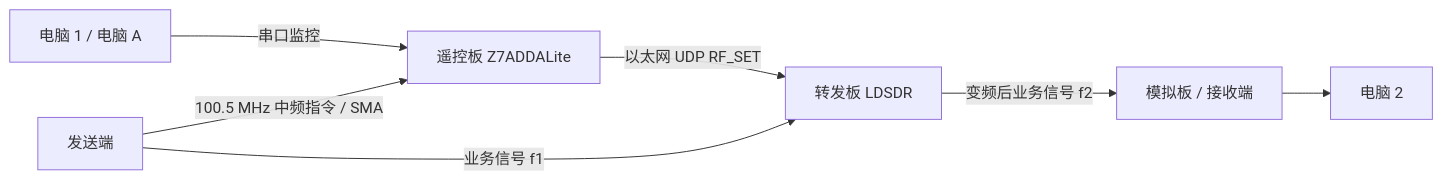
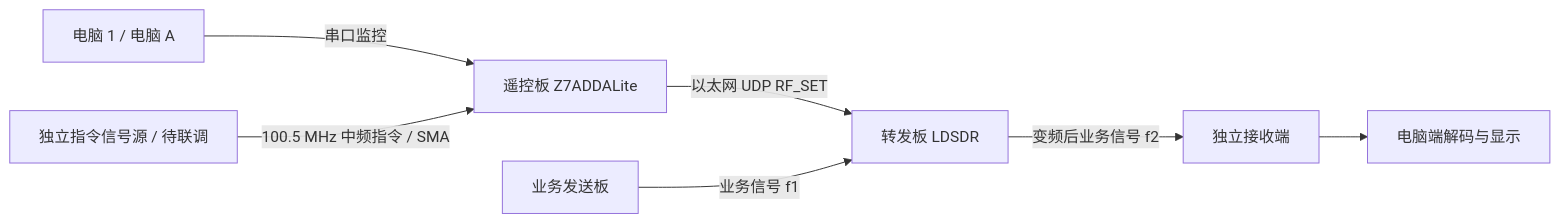
Before and after one commit to James27520/ccsds-ttc-relay: the diagram in README.md, drawn with Mermaid. The commit also changed other lines of this file and 6 other files, not shown here.

````diff
--- a/README.md
+++ b/README.md
@@ -30,9 +32,9 @@
 ```mermaid
 flowchart LR
     PC[电脑 1 / 电脑 A] -->|串口监控| TC[遥控板 Z7ADDALite]
-    SRC[发送端] -->|100.5 MHz 中频指令 / SMA| TC
+    CMD[独立指令信号源 / 待联调] -->|100.5 MHz 中频指令 / SMA| TC
     TC -->|以太网 UDP RF_SET| RELAY[转发板 LDSDR]
-    SRC -->|业务信号 f1| RELAY
-    RELAY -->|变频后业务信号 f2| RX[模拟板 / 接收端]
-    RX --> PC2[电脑 2]
+    SRC[业务发送板] -->|业务信号 f1| RELAY
+    RELAY -->|变频后业务信号 f2| RX[独立接收端]
+    RX --> HOST[电脑端解码与显示]
 ```
````
